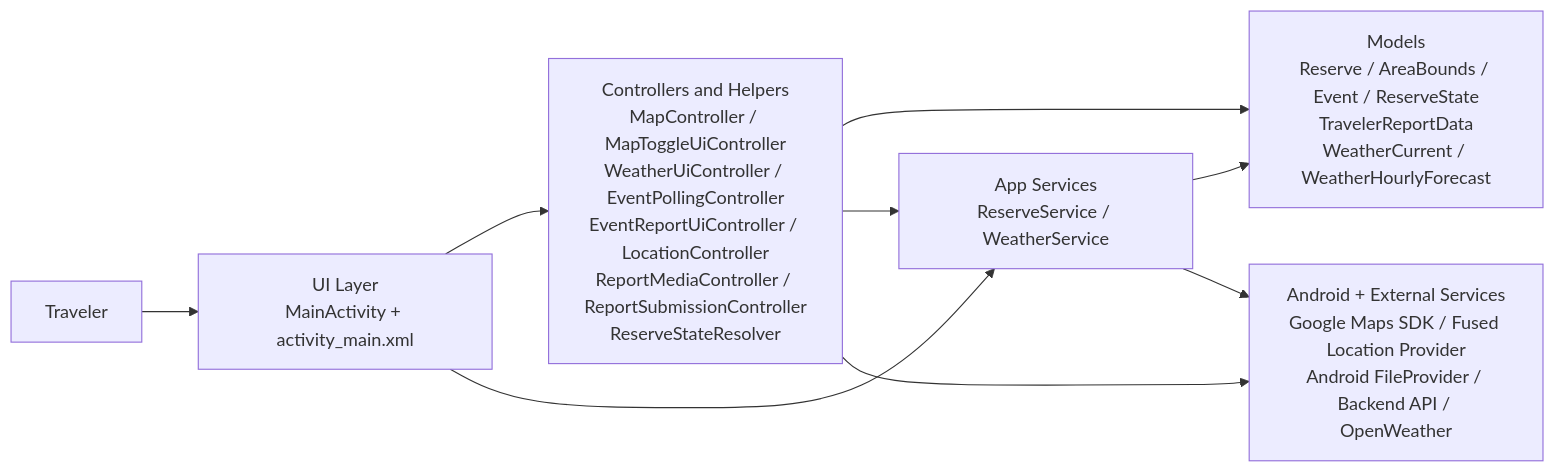
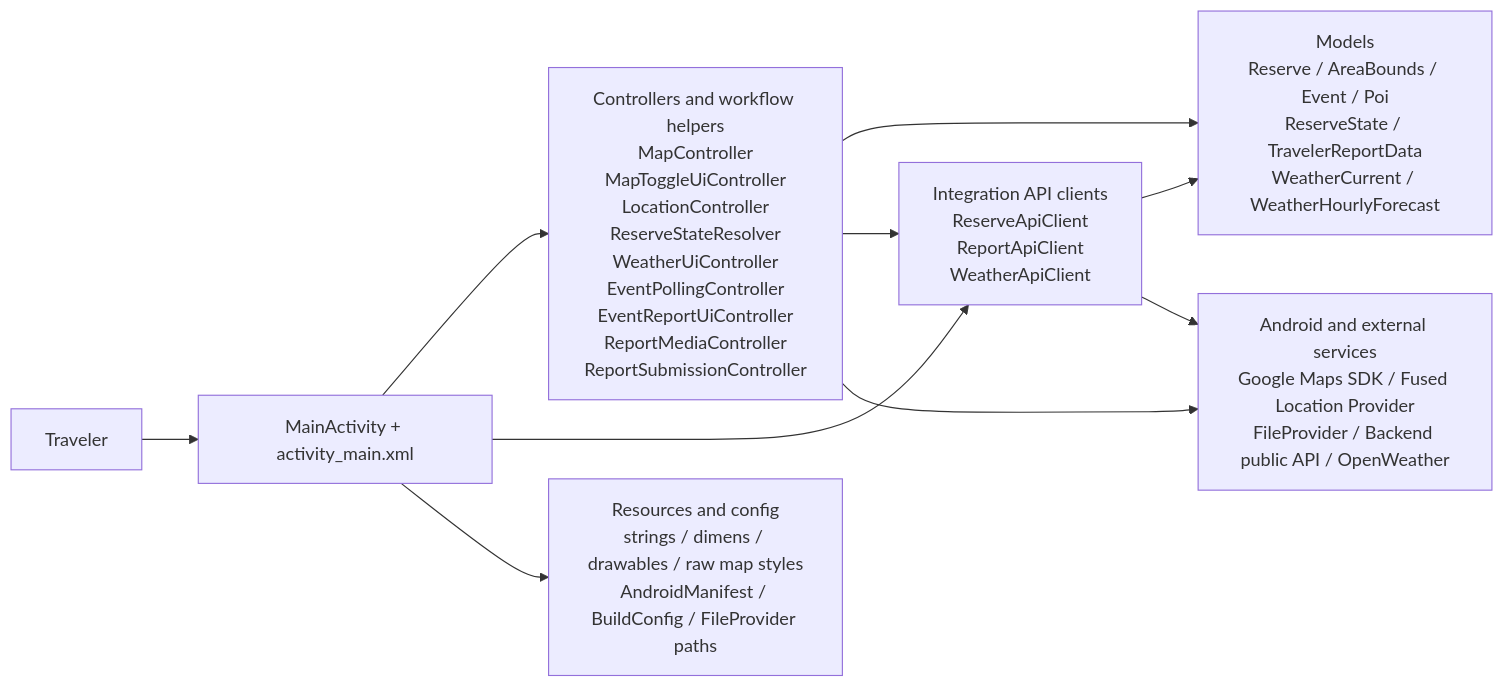
The first of 2 diagrams in docs/android-app-block-diagram.md (noamzaiden/nature-reserve-management-system), drawn with Mermaid before and after one commit. The commit also changed other lines of this file and 47 other files, not shown here.

````diff
--- a/docs/android-app-block-diagram.md
+++ b/docs/android-app-block-diagram.md
@@ -31,18 +20,20 @@
 ```mermaid
 flowchart LR
-    User[Traveler]
-    UI[UI Layer\nMainActivity + activity_main.xml]
-    Helpers[Controllers and Helpers\nMapController / MapToggleUiController\nWeatherUiController / EventPollingController\nEventReportUiController / LocationController\nReportMediaController / ReportSubmissionController\nReserveStateResolver]
-    AppServices[App Services\nReserveService / WeatherService]
-    Models[Models\nReserve / AreaBounds / Event / ReserveState\nTravelerReportData\nWeatherCurrent / WeatherHourlyForecast]
-    External[Android + External Services\nGoogle Maps SDK / Fused Location Provider\nAndroid FileProvider / Backend API / OpenWeather]
+    Traveler[Traveler]
+    MainScreen[MainActivity + activity_main.xml]
+    Controllers[Controllers and workflow helpers<br/>MapController<br/>MapToggleUiController<br/>LocationController<br/>ReserveStateResolver<br/>WeatherUiController<br/>EventPollingController<br/>EventReportUiController<br/>ReportMediaController<br/>ReportSubmissionController]
+    ApiClients[Integration API clients<br/>ReserveApiClient<br/>ReportApiClient<br/>WeatherApiClient]
+    Models[Models<br/>Reserve / AreaBounds / Event / Poi<br/>ReserveState / TravelerReportData<br/>WeatherCurrent / WeatherHourlyForecast]
+    Resources[Resources and config<br/>strings / dimens / drawables / raw map styles<br/>AndroidManifest / BuildConfig / FileProvider paths]
+    External[Android and external services<br/>Google Maps SDK / Fused Location Provider<br/>FileProvider / Backend public API / OpenWeather]
 
-    User --> UI
-    UI --> Helpers
-    UI --> AppServices
-    Helpers --> Models
-    Helpers --> AppServices
-    AppServices --> Models
-    Helpers --> External
-    AppServices --> External
+    Traveler --> MainScreen
+    MainScreen --> Controllers
+    MainScreen --> ApiClients
+    MainScreen --> Resources
+    Controllers --> Models
+    Controllers --> ApiClients
+    Controllers --> External
+    ApiClients --> Models
+    ApiClients --> External
 ```
````
